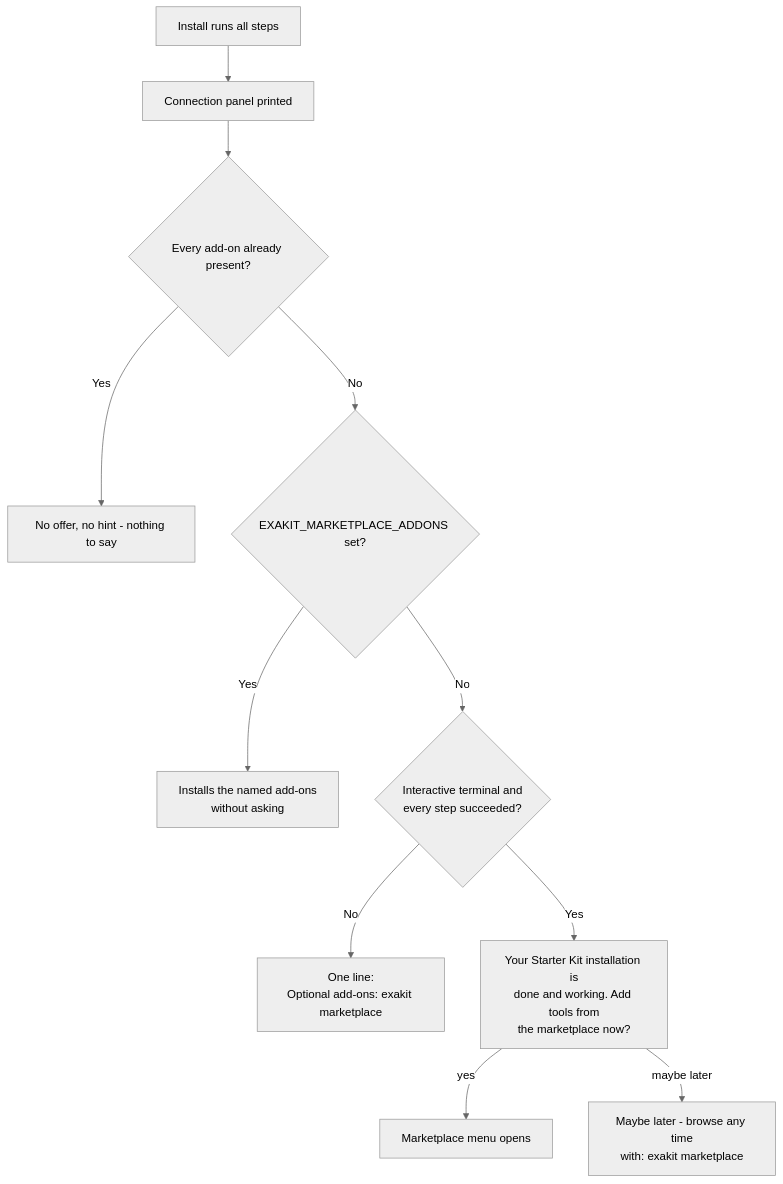
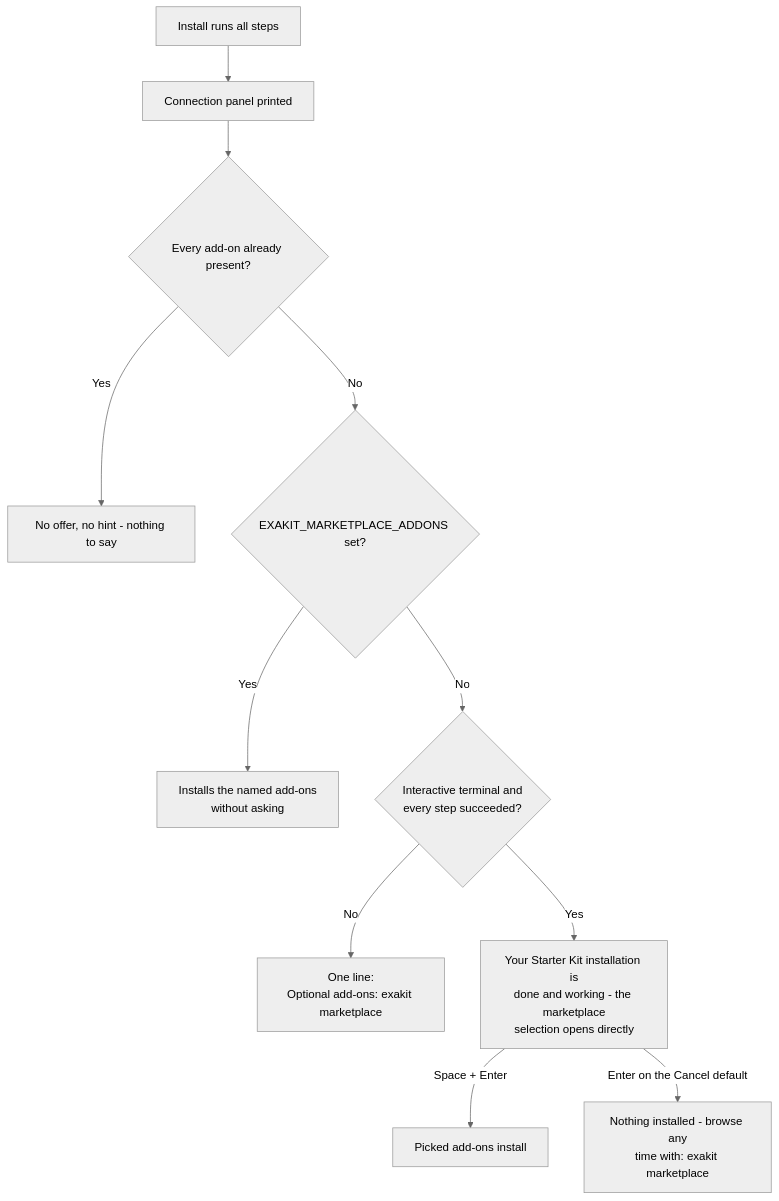
Before and after one commit to Sheetaldharshan200/update-path: the second of 7 diagrams in MARKETPLACE-FLOWS.md, drawn with Mermaid (neutral theme). The commit also changed other lines of this file and 8 other files, not shown here.

````diff
--- a/MARKETPLACE-FLOWS.md
+++ b/MARKETPLACE-FLOWS.md
@@ -61,15 +61,15 @@
 ```mermaid
 flowchart TD
     A[Install runs all steps] --> B[Connection panel printed]
     B --> C{Every add-on already present?}
     C -->|Yes| D[No offer, no hint - nothing to say]
     C -->|No| E{EXAKIT_MARKETPLACE_ADDONS set?}
     E -->|Yes| F[Installs the named add-ons<br>without asking]
     E -->|No| G{Interactive terminal and<br>every step succeeded?}
     G -->|No| H[One line:<br>Optional add-ons: exakit marketplace]
-    G -->|Yes| I[Your Starter Kit installation is<br>done and working. Add tools from<br>the marketplace now?]
-    I -->|yes| J[Marketplace menu opens]
-    I -->|maybe later| K[Maybe later - browse any time<br>with: exakit marketplace]
+    G -->|Yes| I[Your Starter Kit installation is<br>done and working - the marketplace<br>selection opens directly]
+    I -->|Space + Enter| J[Picked add-ons install]
+    I -->|Enter on the Cancel default| K[Nothing installed - browse any<br>time with: exakit marketplace]
 
     click J "#scenario-3-browsing-and-installing"
 ```
````
